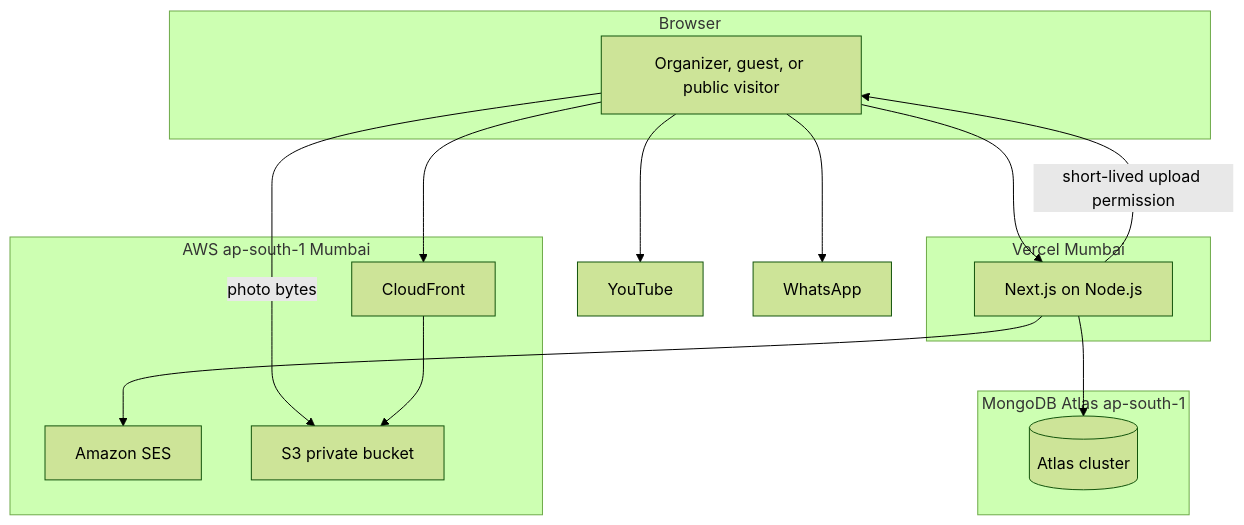
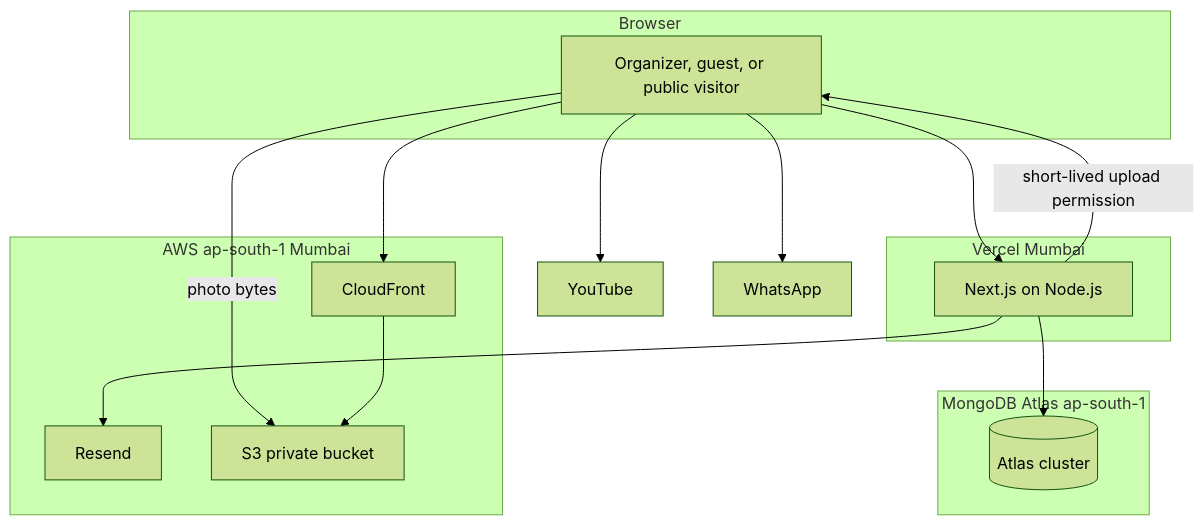
Before and after one commit to Manishpant01/make-my-marriage: the second of 5 diagrams in docs/architecture.md, drawn with Mermaid (forest theme). The commit also changed other lines of this file and 53 other files, not shown here.

````diff
--- a/docs/architecture.md
+++ b/docs/architecture.md
@@ -78,33 +78,33 @@
 ```mermaid
 flowchart TB
   subgraph people [Browser]
     browser[Organizer, guest, or public visitor]
   end
 
   subgraph vercel [Vercel Mumbai]
     next[Next.js on Node.js]
   end
 
   subgraph aws [AWS ap-south-1 Mumbai]
-    ses[Amazon SES]
+    resend[Resend]
     cf[CloudFront]
     s3[S3 private bucket]
   end
 
   subgraph mongo [MongoDB Atlas ap-south-1]
     atlas[(Atlas cluster)]
   end
 
   yt[YouTube]
   wa[WhatsApp]
 
   browser --> next
   next --> atlas
-  next --> ses
+  next --> resend
   next -->|short-lived upload permission| browser
   browser -->|photo bytes| s3
   cf --> s3
   browser --> cf
   browser --> yt
   browser --> wa
 ```
````
